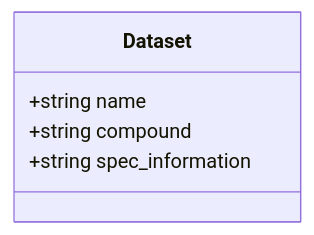
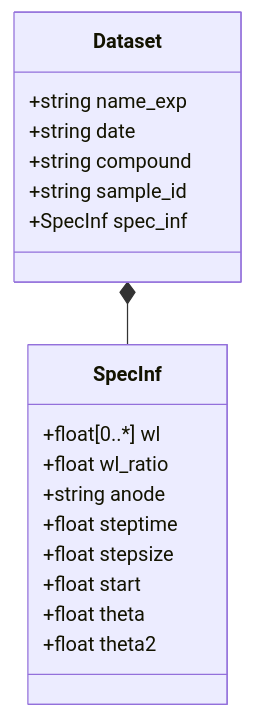
One commit to FAIRChemistry/XRD_showcase changed the diagram in DatamodelExample/schemes/Example for XRD data.md. Above: the diagram before and after it, drawn with Mermaid. The commit also changed 4 other files, not shown here.

````diff
--- a/DatamodelExample/schemes/Example for XRD data.md
+++ b/DatamodelExample/schemes/Example for XRD data.md
@@ -1,10 +1,24 @@
 ```mermaid
 classDiagram
+    Dataset *-- SpecInf
     
     class Dataset {
-        +string name
+        +string name_exp
+        +string date
         +string compound
-        +string spec_information
+        +string sample_id
+        +SpecInf spec_inf
+    }
+    
+    class SpecInf {
+        +float[0..*] wl
+        +float wl_ratio
+        +string anode
+        +float steptime
+        +float stepsize
+        +float start
+        +float theta
+        +float theta2
     }
     
 ```
````
